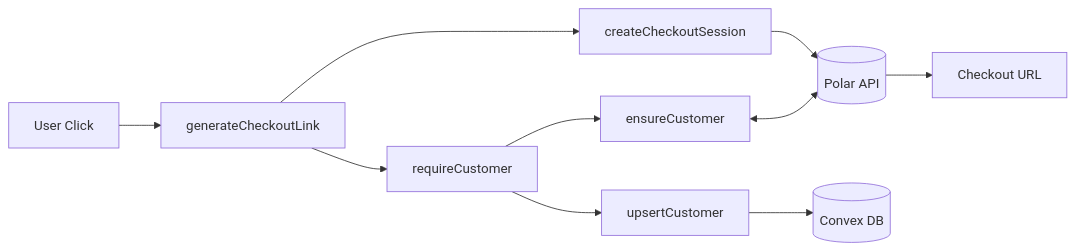
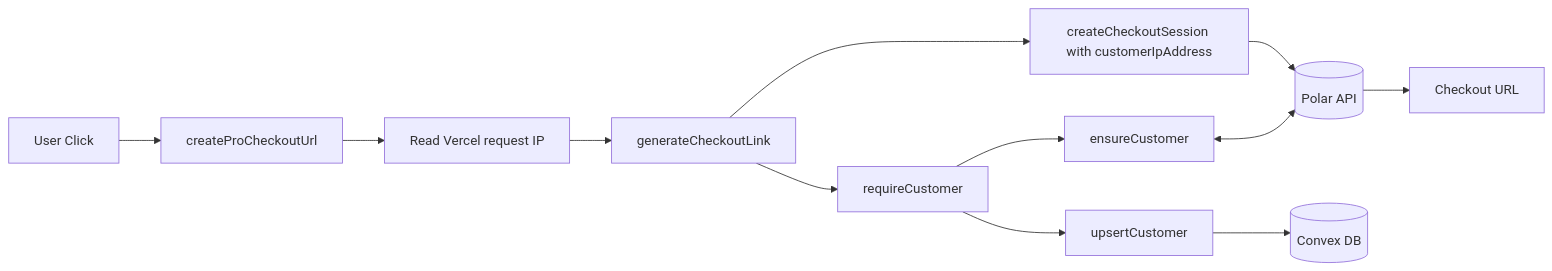
The second of 3 diagrams in README.md (nakafaai/nakafa.com), drawn with Mermaid before and after one commit. The commit also changed 857 other files, not shown here.

````diff
--- a/README.md
+++ b/README.md
@@ -68,12 +68,14 @@
 ```mermaid
 flowchart LR
-    A[User Click] --> B[generateCheckoutLink]
-    B --> C[requireCustomer]
-    C --> D[ensureCustomer]
-    D <--> E[(Polar API)]
-    C --> F[upsertCustomer]
-    F --> G[(Convex DB)]
-    B --> H[createCheckoutSession]
-    H --> E
-    E --> I[Checkout URL]
+    A[User Click] --> B[createProCheckoutUrl]
+    B --> C[Read Vercel request IP]
+    C --> D[generateCheckoutLink]
+    D --> E[requireCustomer]
+    E --> F[ensureCustomer]
+    F <--> G[(Polar API)]
+    E --> H[upsertCustomer]
+    H --> I[(Convex DB)]
+    D --> J[createCheckoutSession with customerIpAddress]
+    J --> G
+    G --> K[Checkout URL]
 ```
````
